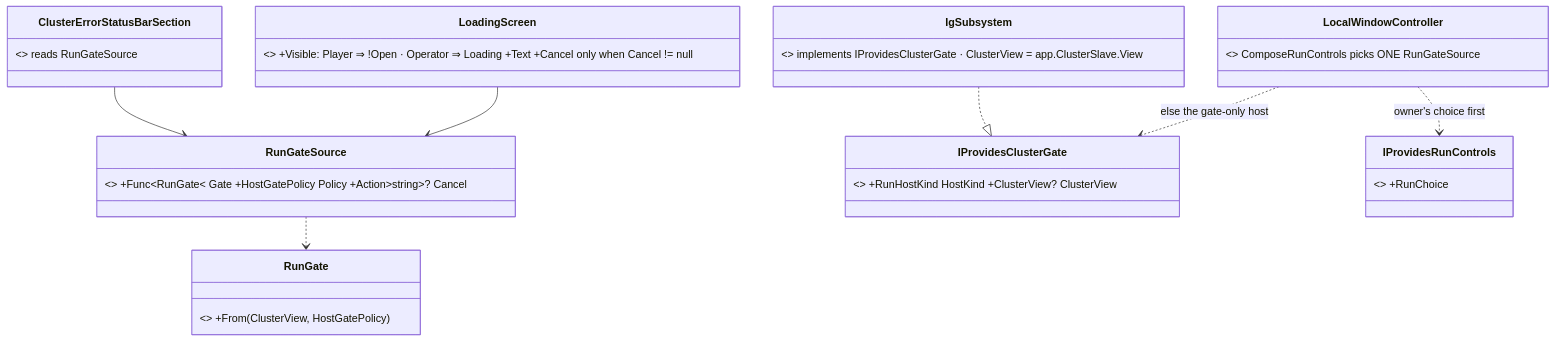
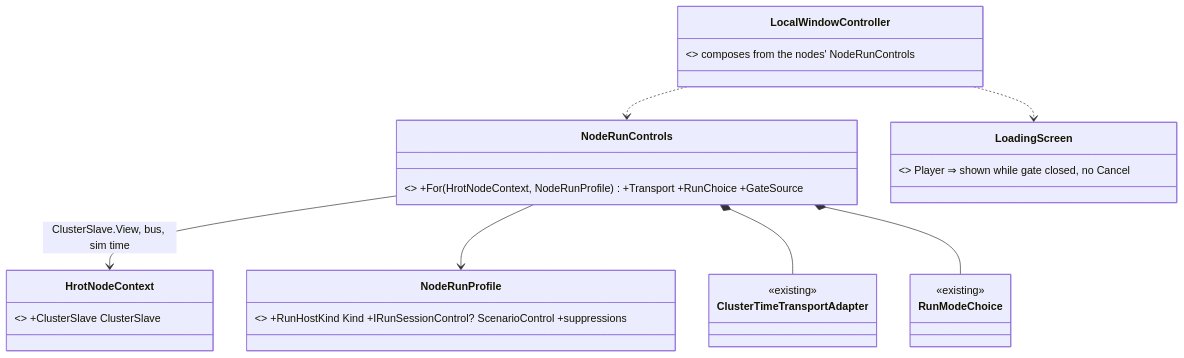
One commit to pjanec/HROT changed diagram 29 of 29 in docs/DESIGN_Cluster_Load_Phase.md. Above: the diagram before and after it, drawn with Mermaid. The commit also changed other lines of this file and 2 other files, not shown here.

First line of the commit message:
design(ui): R-1044 — ECS hosts get the run controls from the shared node frame; CE-1445 §11.8 rewritten (the IG-only opt-in draft superseded)

````diff
--- a/docs/DESIGN_Cluster_Load_Phase.md
+++ b/docs/DESIGN_Cluster_Load_Phase.md
@@ -1679,17 +1681,16 @@
 ```mermaid
 classDiagram
-    class RunGate { <<existing>> +From(ClusterView, HostGatePolicy) }
-    class RunGateSource { <<new record>> +Func~RunGate~ Gate +HostGatePolicy Policy +Action~string~? Cancel }
-    class LoadingScreen { <<existing, changed>> +Visible: Player ⇒ !Open · Operator ⇒ Loading +Text +Cancel only when Cancel != null }
-    class ClusterErrorStatusBarSection { <<existing, changed>> reads RunGateSource }
-    class IProvidesClusterGate { <<new interface>> +RunHostKind HostKind +ClusterView? ClusterView }
-    class IProvidesRunControls { <<existing>> +RunChoice }
-    class IgSubsystem { <<existing>> implements IProvidesClusterGate · ClusterView = app.ClusterSlave.View }
-    class LocalWindowController { <<existing>> ComposeRunControls picks ONE RunGateSource }
-    LoadingScreen --> RunGateSource
-    ClusterErrorStatusBarSection --> RunGateSource
-    RunGateSource ..> RunGate
-    LocalWindowController ..> IProvidesRunControls : owner's choice first
-    LocalWindowController ..> IProvidesClusterGate : else the gate-only host
-    IgSubsystem ..|> IProvidesClusterGate
+    class HrotNodeContext { <<existing, shared frame>> +ClusterSlave ClusterSlave }
+    class NodeRunProfile { <<new>> +RunHostKind Kind +IRunSessionControl? ScenarioControl +suppressions }
+    class NodeRunControls { <<new, ONE factory>> +For(HrotNodeContext, NodeRunProfile) +Transport +RunChoice +GateSource }
+    class ClusterTimeTransportAdapter { <<existing>> }
+    class RunModeChoice { <<existing>> }
+    class LoadingScreen { <<existing, changed>> Player ⇒ shown while gate closed, no Cancel }
+    class LocalWindowController { <<existing>> composes from the nodes' NodeRunControls }
+    NodeRunControls --> HrotNodeContext : ClusterSlave.View, bus, sim time
+    NodeRunControls --> NodeRunProfile
+    NodeRunControls *-- ClusterTimeTransportAdapter
+    NodeRunControls *-- RunModeChoice
+    LocalWindowController ..> NodeRunControls
+    LocalWindowController ..> LoadingScreen
 ```
````
